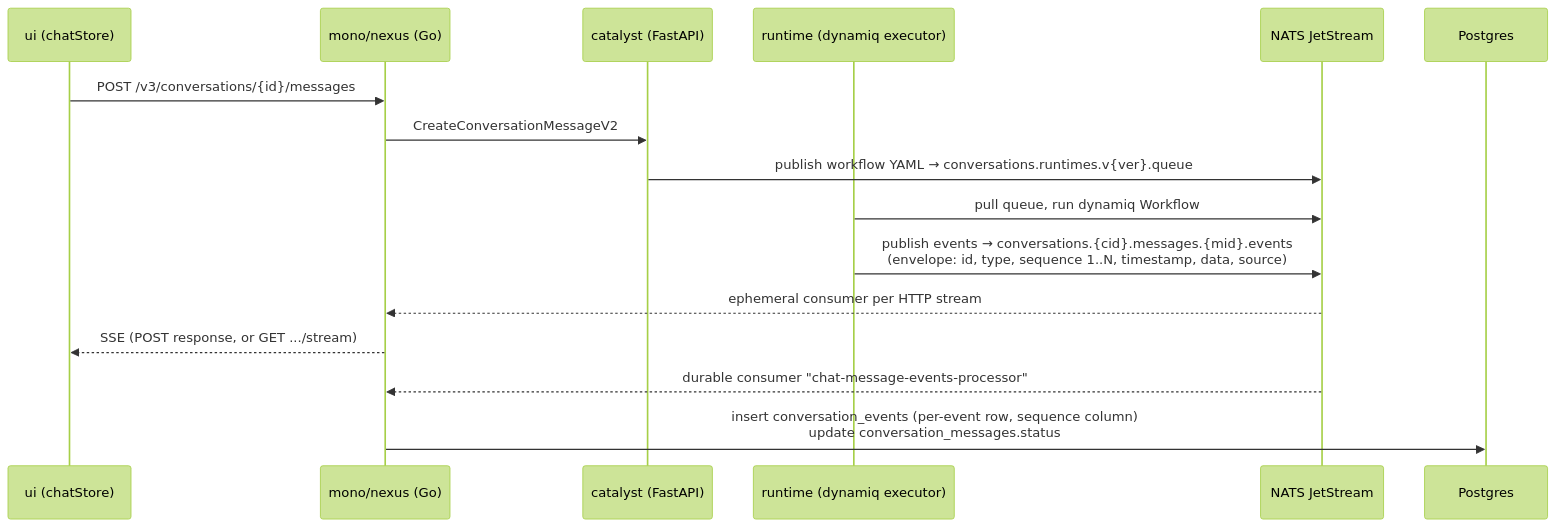
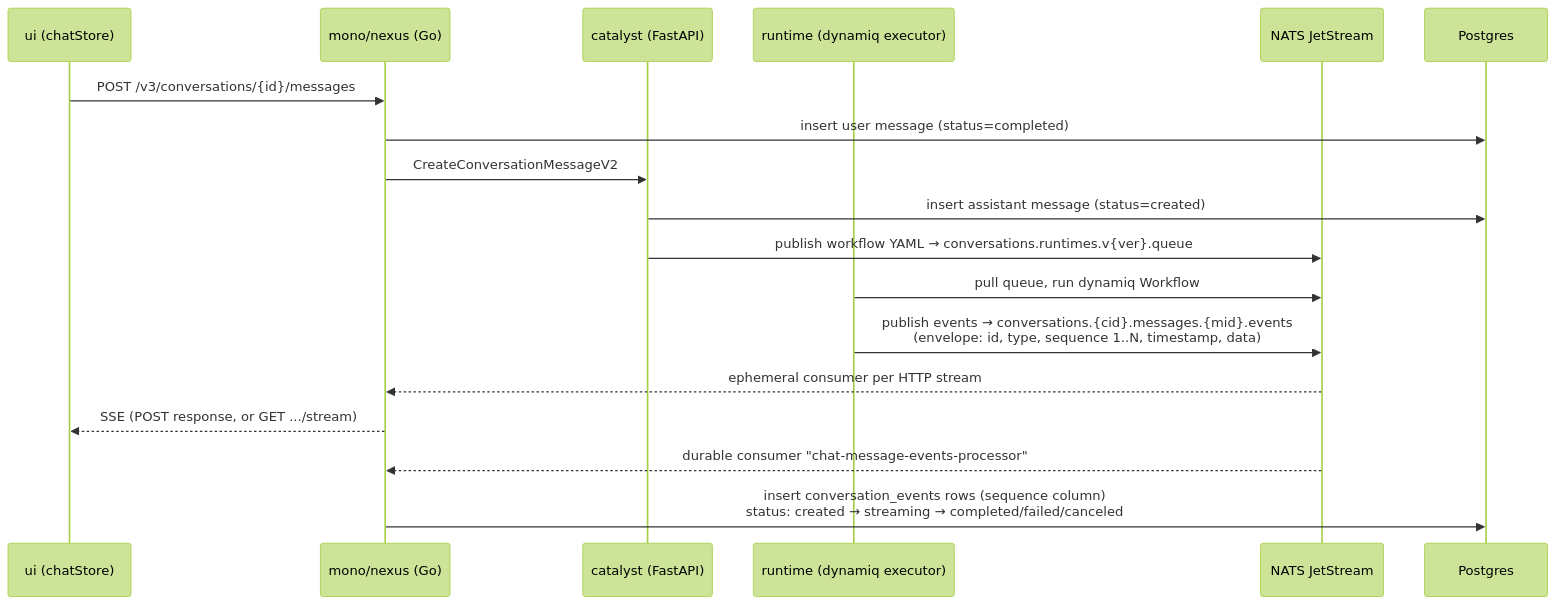
Before and after one commit to dynamiq-ai/dynamiq: the diagram in CHAT_STREAM_RESUME_PRD.md, drawn with Mermaid (forest theme). The commit also changed other lines of this file and 1 other file, not shown here.

````diff
--- a/CHAT_STREAM_RESUME_PRD.md
+++ b/CHAT_STREAM_RESUME_PRD.md
@@ -24,19 +24,21 @@
 ```mermaid
 sequenceDiagram
     participant UI as ui (chatStore)
     participant NX as mono/nexus (Go)
     participant CAT as catalyst (FastAPI)
     participant RT as runtime (dynamiq executor)
     participant JS as NATS JetStream
     participant PG as Postgres
 
     UI->>NX: POST /v3/conversations/{id}/messages
+    NX->>PG: insert user message (status=completed)
     NX->>CAT: CreateConversationMessageV2
+    CAT->>PG: insert assistant message (status=created)
     CAT->>JS: publish workflow YAML → conversations.runtimes.v{ver}.queue
     RT->>JS: pull queue, run dynamiq Workflow
-    RT->>JS: publish events → conversations.{cid}.messages.{mid}.events<br/>(envelope: id, type, sequence 1..N, timestamp, data, source)
+    RT->>JS: publish events → conversations.{cid}.messages.{mid}.events<br/>(envelope: id, type, sequence 1..N, timestamp, data)
     JS-->>NX: ephemeral consumer per HTTP stream
     NX-->>UI: SSE (POST response, or GET .../stream)
     JS-->>NX: durable consumer "chat-message-events-processor"
-    NX->>PG: insert conversation_events (per-event row, sequence column)<br/>update conversation_messages.status
+    NX->>PG: insert conversation_events rows (sequence column)<br/>status: created → streaming → completed/failed/canceled
 ```
````
